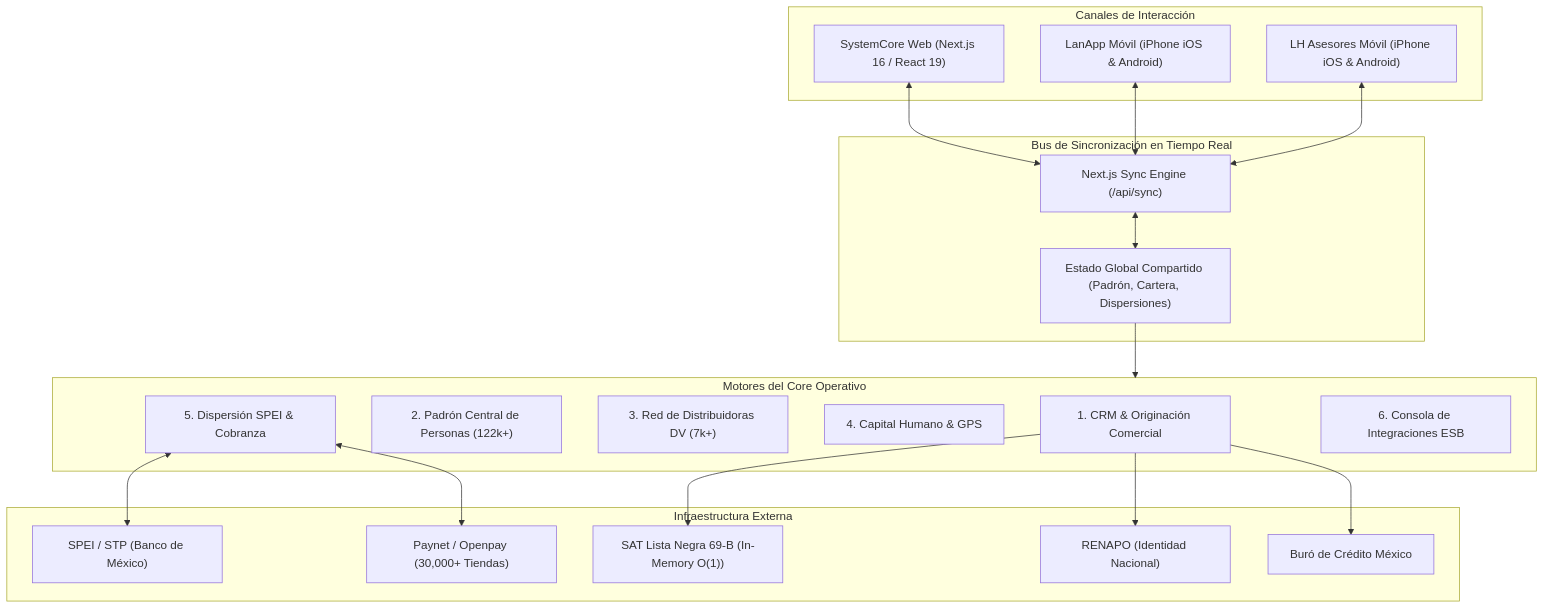
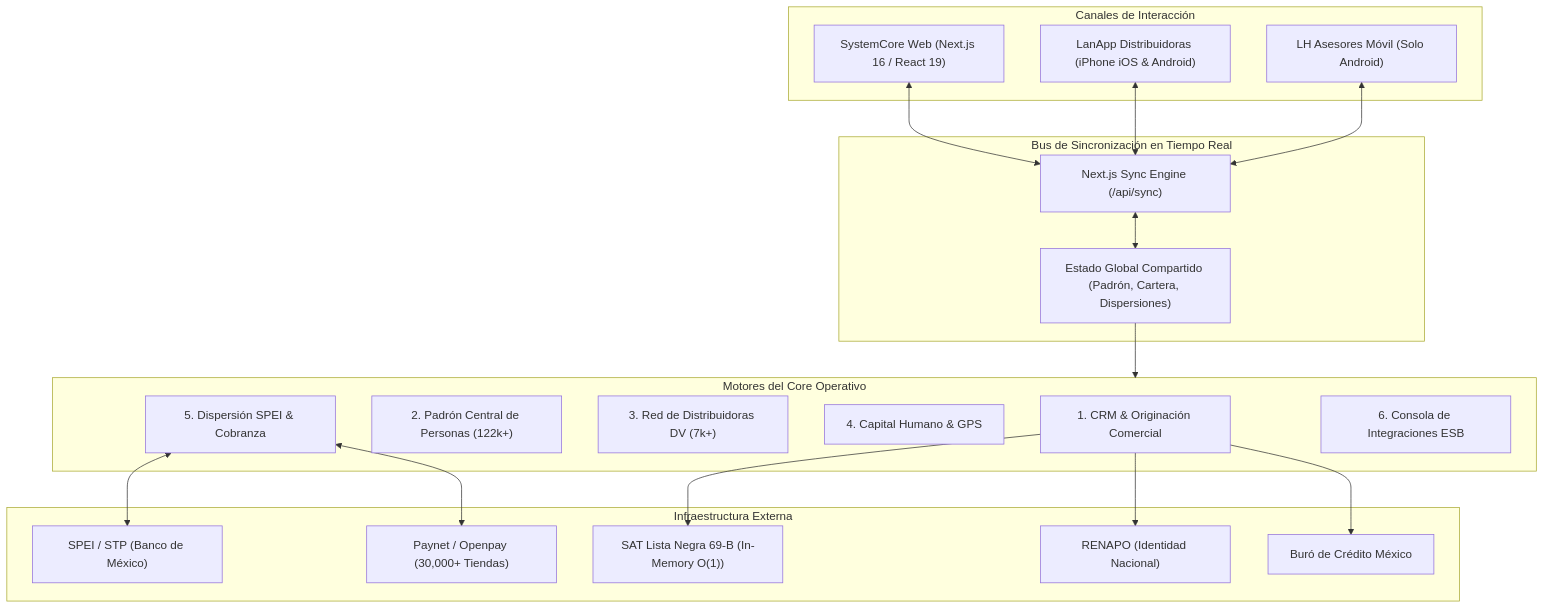
The first of 2 diagrams in PRESENTACION_EJECUTIVA.md (CarlosMartinezLH/SystemCore_LH), drawn with Mermaid before and after one commit. The commit also changed other lines of this file and 3 other files, not shown here.

Commit message:
docs: precisar soporte móvil - LanApp para iPhone y Android, LH Asesores exclusivo para Android

````diff
--- a/PRESENTACION_EJECUTIVA.md
+++ b/PRESENTACION_EJECUTIVA.md
@@ -45,43 +45,43 @@
 ```mermaid
 flowchart TD
     subgraph Canales ["Canales de Interacción"]
         WEB["SystemCore Web (Next.js 16 / React 19)"]
-        LANAPP["LanApp Móvil (iPhone iOS & Android)"]
-        ASESORES["LH Asesores Móvil (iPhone iOS & Android)"]
+        LANAPP["LanApp Distribuidoras (iPhone iOS & Android)"]
+        ASESORES["LH Asesores Móvil (Solo Android)"]
     end
 
     subgraph SyncEngine ["Bus de Sincronización en Tiempo Real"]
         SYNC["Next.js Sync Engine (/api/sync)"]
         STORE["Estado Global Compartido (Padrón, Cartera, Dispersiones)"]
     end
 
     subgraph MotoresCore ["Motores del Core Operativo"]
         CRM["1. CRM & Originación Comercial"]
         PADRON["2. Padrón Central de Personas (122k+)"]
         DV["3. Red de Distribuidoras DV (7k+)"]
         RH["4. Capital Humano & GPS"]
         STP["5. Dispersión SPEI & Cobranza"]
         ESB["6. Consola de Integraciones ESB"]
     end
 
     subgraph Integraciones ["Infraestructura Externa"]
         BANXICO["SPEI / STP (Banco de México)"]
         PAYNET["Paynet / Openpay (30,000+ Tiendas)"]
         SAT["SAT Lista Negra 69-B (In-Memory O(1))"]
         RENAPO["RENAPO (Identidad Nacional)"]
         BURO["Buró de Crédito México"]
     end
 
     WEB <--> SYNC
     LANAPP <--> SYNC
     ASESORES <--> SYNC
 
     SYNC <--> STORE
     STORE --> MotoresCore
 
     STP <--> BANXICO
     STP <--> PAYNET
     CRM --> SAT
     CRM --> RENAPO
     CRM --> BURO
 ```
````
